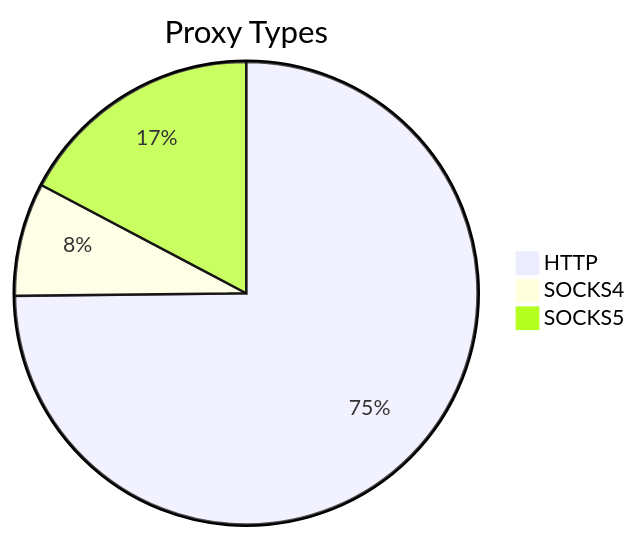
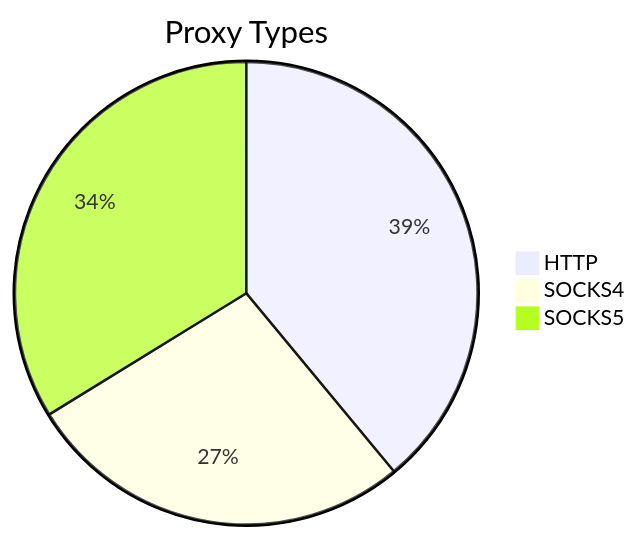
One commit to stormsia/proxy-list changed the first of 2 diagrams in README.md. Above: the diagram before and after it, drawn with Mermaid. The commit also changed other lines of this file, not shown here.

````diff
--- a/README.md
+++ b/README.md
@@ -21,6 +21,6 @@
 ```mermaid
 pie title Proxy Types
-    "HTTP" : 104
-    "SOCKS4" : 11
-    "SOCKS5" : 24
+    "HTTP" : 292
+    "SOCKS4" : 204
+    "SOCKS5" : 253
 ```
````
